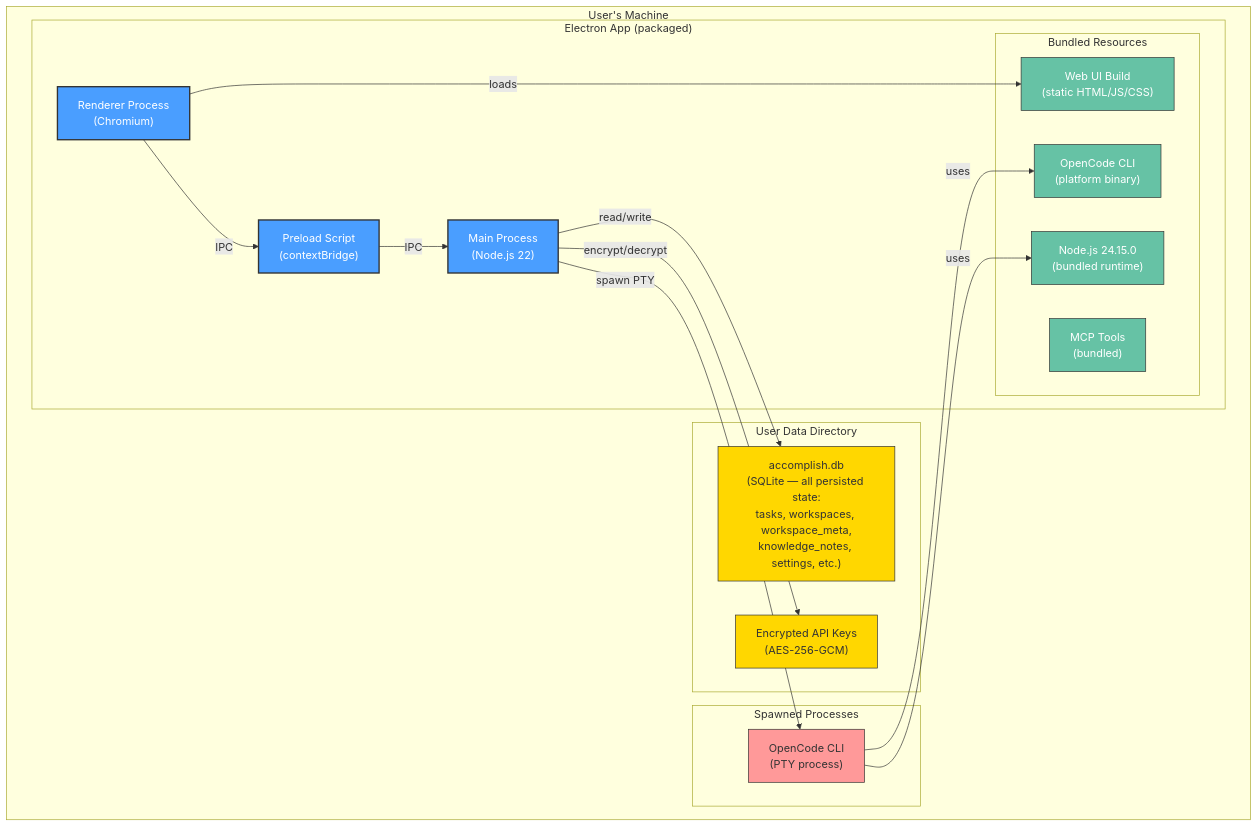
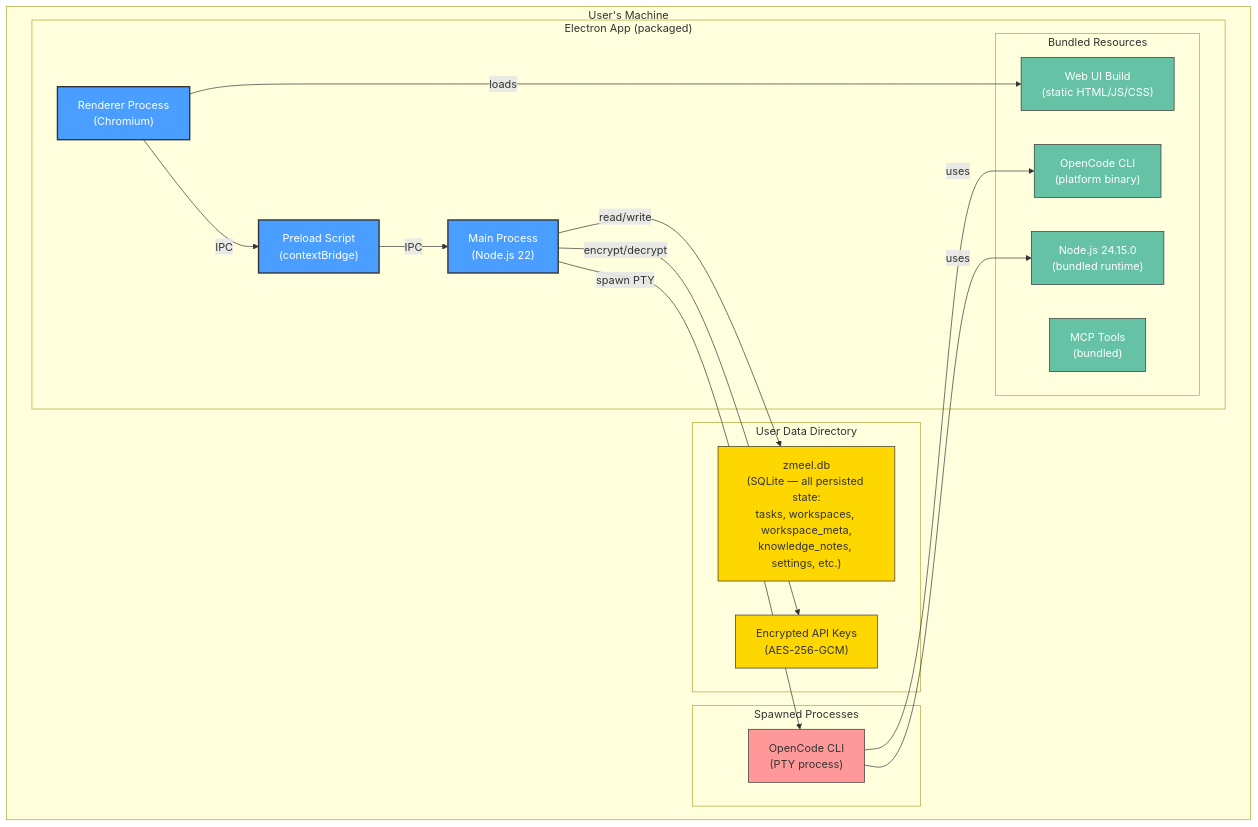
The fifth of 5 diagrams in AD.md (samskipsai/zmeelv60), drawn with Mermaid before and after one commit. The commit also changed other lines of this file and 520 other files, not shown here.

First line of the commit message:
rebrand: Accomplish -> Zmeel Desktop

````diff
--- a/AD.md
+++ b/AD.md
@@ -416,45 +416,45 @@
 ```mermaid
 graph TB
     subgraph "User's Machine"
         subgraph "Electron App (packaged)"
             MainProcess["Main Process<br/>(Node.js 22)"]
             PreloadScript["Preload Script<br/>(contextBridge)"]
             RendererProcess["Renderer Process<br/>(Chromium)"]
 
             subgraph "Bundled Resources"
                 WebBuild["Web UI Build<br/>(static HTML/JS/CSS)"]
                 OpenCodeBin["OpenCode CLI<br/>(platform binary)"]
                 MCPTools["MCP Tools<br/>(bundled)"]
                 BundledNode["Node.js 24.15.0<br/>(bundled runtime)"]
             end
         end
 
         subgraph "User Data Directory"
-            SQLiteDB["accomplish.db<br/>(SQLite — all persisted state:<br/>tasks, workspaces, workspace_meta,<br/>knowledge_notes, settings, etc.)"]
+            SQLiteDB["zmeel.db<br/>(SQLite — all persisted state:<br/>tasks, workspaces, workspace_meta,<br/>knowledge_notes, settings, etc.)"]
             EncryptedKeys["Encrypted API Keys<br/>(AES-256-GCM)"]
         end
 
         subgraph "Spawned Processes"
             PTY["OpenCode CLI<br/>(PTY process)"]
         end
     end
 
     RendererProcess -->|"IPC"| PreloadScript
     PreloadScript -->|"IPC"| MainProcess
     MainProcess -->|"spawn PTY"| PTY
     MainProcess -->|"read/write"| SQLiteDB
     MainProcess -->|"encrypt/decrypt"| EncryptedKeys
     RendererProcess -->|"loads"| WebBuild
     PTY -->|"uses"| OpenCodeBin
     PTY -->|"uses"| BundledNode
 
     classDef processNode fill:#4a9eff,stroke:#333,stroke-width:2px,color:#fff
     classDef resourceNode fill:#66c2a5,stroke:#333,stroke-width:1px,color:#fff
     classDef dataNode fill:#ffd700,stroke:#333,stroke-width:1px
     classDef spawnedNode fill:#ff9999,stroke:#333,stroke-width:1px
 
     class MainProcess,PreloadScript,RendererProcess processNode
     class WebBuild,OpenCodeBin,MCPTools,BundledNode resourceNode
     class SQLiteDB,EncryptedKeys dataNode
     class PTY spawnedNode
 ```
````
